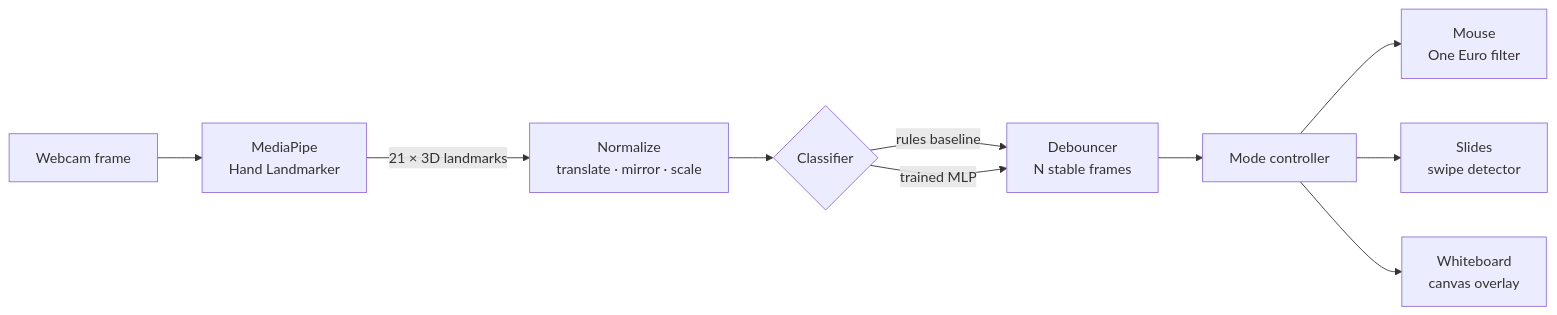
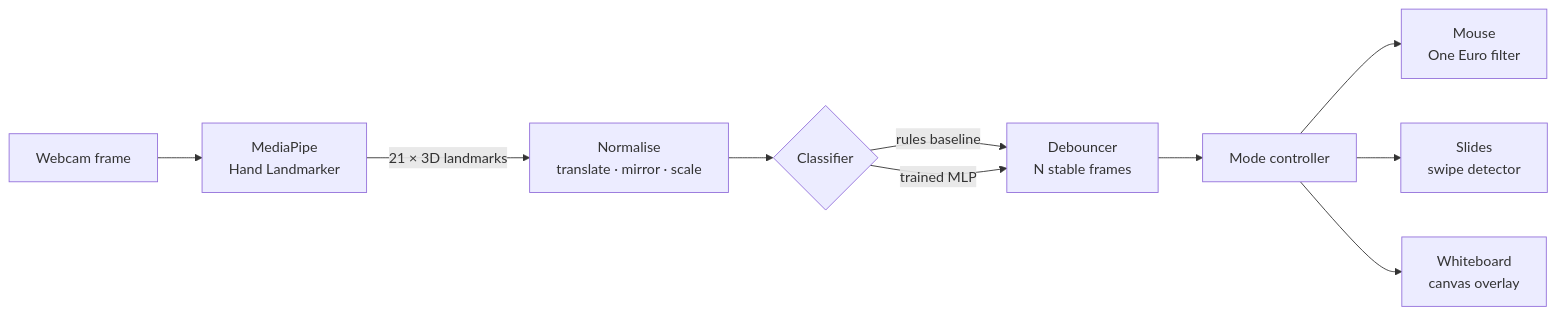
Before and after one commit to haroonkhan02/hand-gesture-control: the diagram in README.md, drawn with Mermaid. The commit also changed other lines of this file, not shown here.

````diff
--- a/README.md
+++ b/README.md
@@ -43,12 +38,12 @@
 ```mermaid
 flowchart LR
     A[Webcam frame] --> B[MediaPipe<br/>Hand Landmarker]
-    B -->|21 × 3D landmarks| C[Normalize<br/>translate · mirror · scale]
+    B -->|21 × 3D landmarks| C[Normalise<br/>translate · mirror · scale]
     C --> D{Classifier}
     D -->|rules baseline| E[Debouncer<br/>N stable frames]
     D -->|trained MLP| E
     E --> F[Mode controller]
     F --> G[Mouse<br/>One Euro filter]
     F --> H[Slides<br/>swipe detector]
     F --> I[Whiteboard<br/>canvas overlay]
 ```
````
